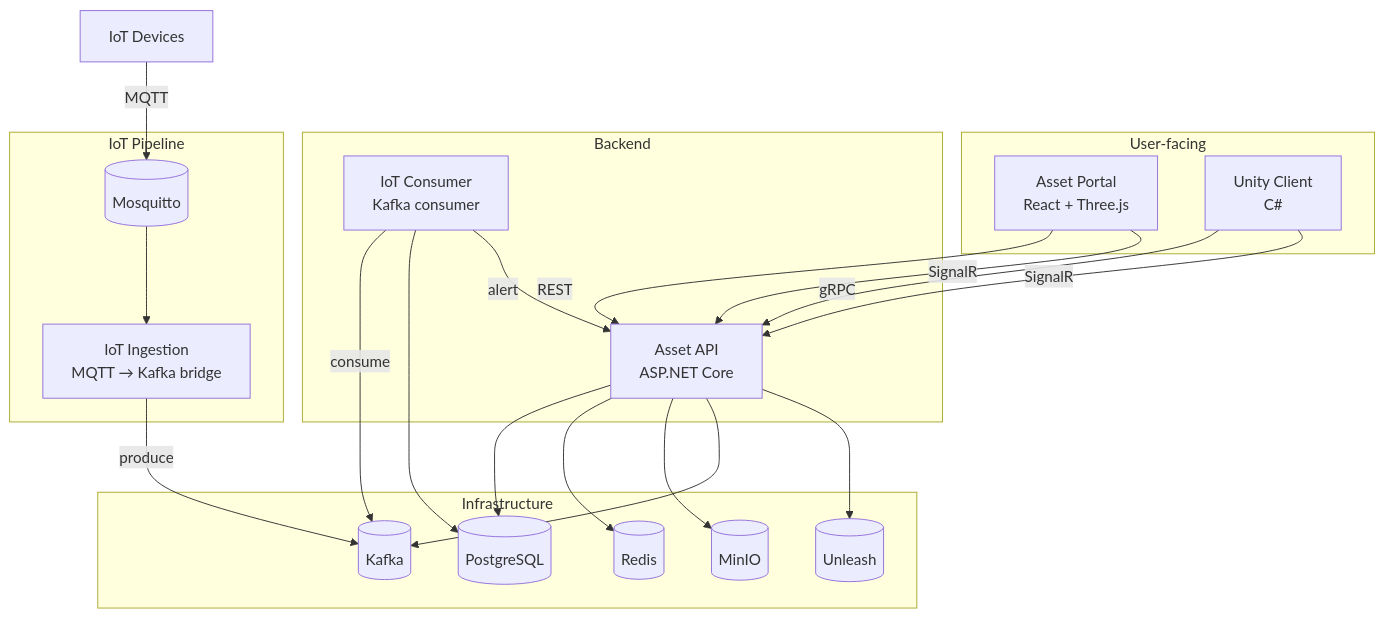
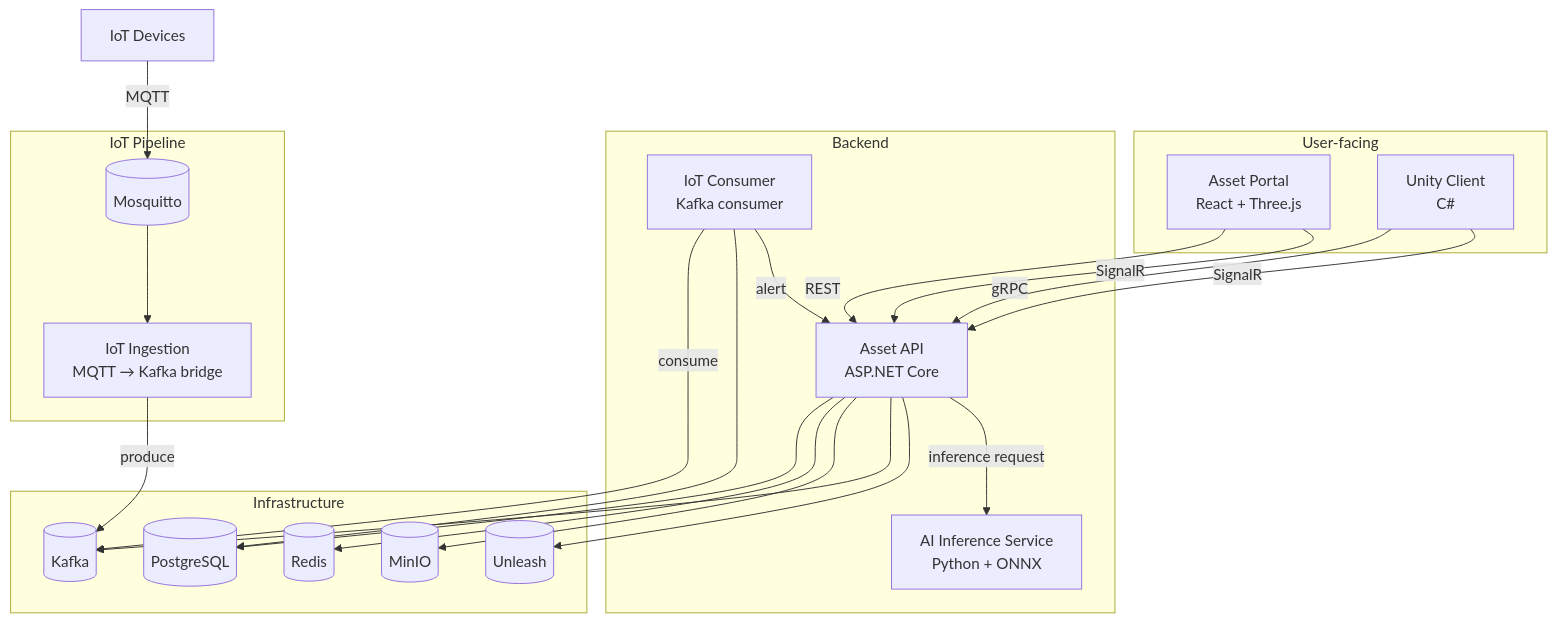
One commit to Eyolf6Coyote7/Eyolf6Coyote7 changed the fourth of 4 diagrams in docs/global_tech_stack.md. Above: the diagram before and after it, drawn with Mermaid. The commit also changed other lines of this file and 1 other file, not shown here.

First line of the commit message:
📘docs#29: add MailHog, 2FA, Storybook, Python AI Service, Go API Gateway

````diff
--- a/docs/global_tech_stack.md
+++ b/docs/global_tech_stack.md
@@ -185,41 +203,43 @@
 ```mermaid
 graph TD
   subgraph "User-facing"
     PORTAL[Asset Portal<br/>React + Three.js]
     UNITY[Unity Client<br/>C#]
   end
 
   subgraph "Backend"
     AAPI[Asset API<br/>ASP.NET Core]
+    AI_SVC[AI Inference Service<br/>Python + ONNX]
     IOT_C[IoT Consumer<br/>Kafka consumer]
   end
 
   subgraph "IoT Pipeline"
     IOT_B[IoT Ingestion<br/>MQTT → Kafka bridge]
     MQTT[(Mosquitto)]
   end
 
   subgraph "Infrastructure"
     PG[(PostgreSQL)]
     RD[(Redis)]
     KF[(Kafka)]
     MIO[(MinIO)]
     UL[(Unleash)]
   end
 
   PORTAL -->|REST| AAPI
   PORTAL -->|SignalR| AAPI
   UNITY -->|gRPC| AAPI
   UNITY -->|SignalR| AAPI
   AAPI --> PG
   AAPI --> RD
   AAPI --> MIO
   AAPI --> KF
   AAPI --> UL
+  AAPI -->|inference request| AI_SVC
   DEVICES[IoT Devices] -->|MQTT| MQTT
   MQTT --> IOT_B
   IOT_B -->|produce| KF
   IOT_C -->|consume| KF
   IOT_C --> PG
   IOT_C -->|alert| AAPI
 ```
````
